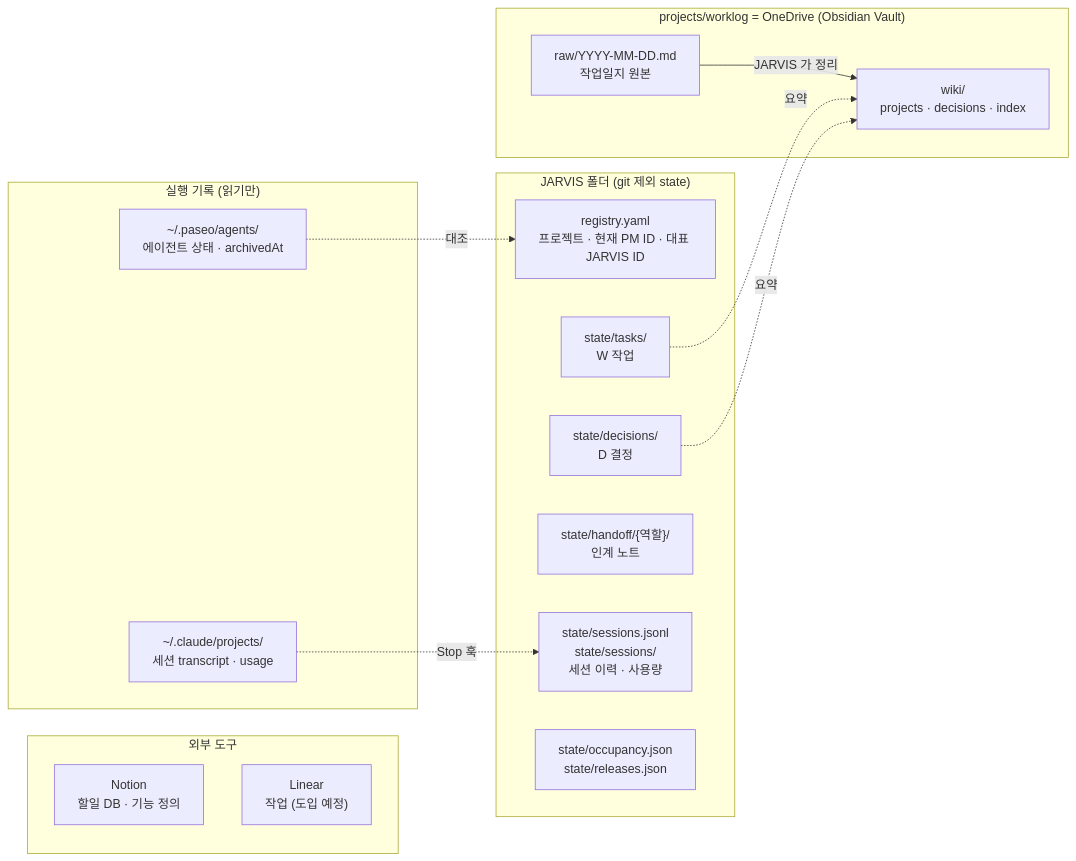
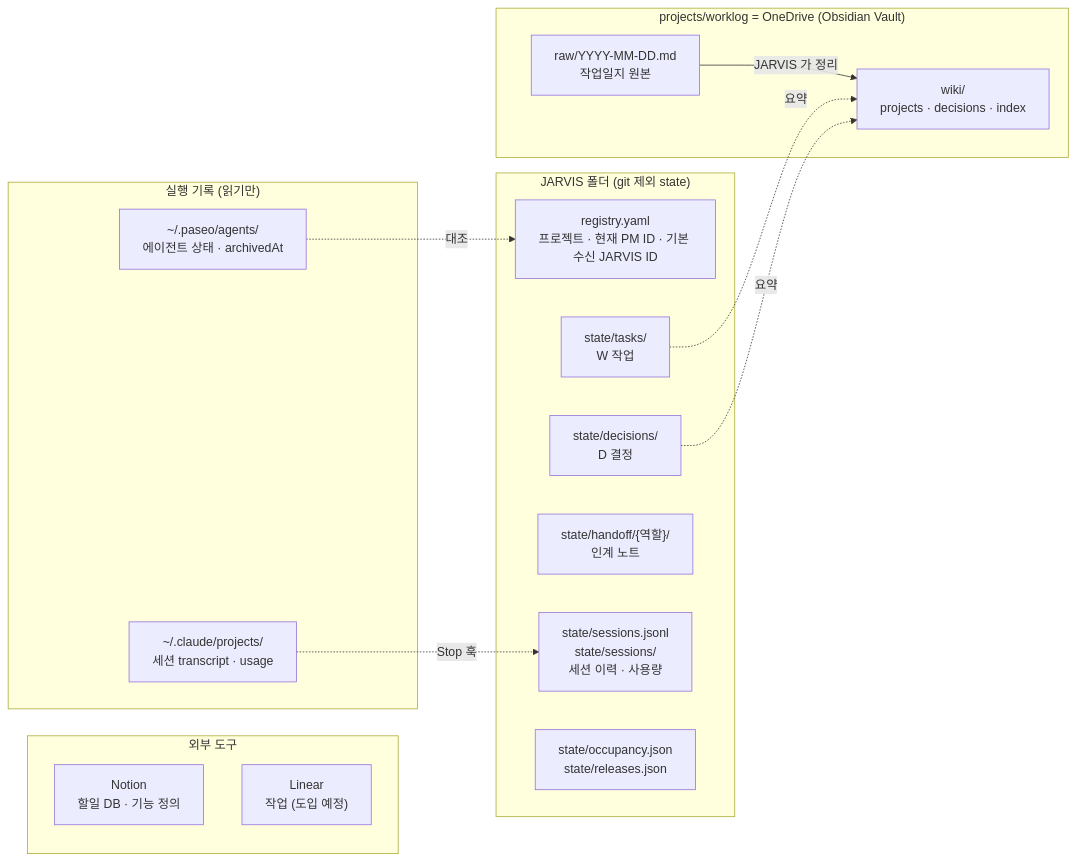
The first of 3 diagrams in docs/01_State_Memory_Management.md (smdeveloper7/jarvis), drawn with Mermaid before and after one commit. The commit also changed other lines of this file and 11 other files, not shown here.

````diff
--- a/docs/01_State_Memory_Management.md
+++ b/docs/01_State_Memory_Management.md
@@ -21,32 +21,32 @@
 ```mermaid
 flowchart LR
     subgraph JARVIS["JARVIS 폴더 (git 제외 state)"]
-        REG["registry.yaml<br/>프로젝트 · 현재 PM ID · 대표 JARVIS ID"]
+        REG["registry.yaml<br/>프로젝트 · 현재 PM ID · 기본 수신 JARVIS ID"]
         TASK["state/tasks/<br/>W 작업"]
         DEC["state/decisions/<br/>D 결정"]
         HO["state/handoff/{역할}/<br/>인계 노트"]
         SES["state/sessions.jsonl<br/>state/sessions/<br/>세션 이력 · 사용량"]
         ETC["state/occupancy.json<br/>state/releases.json"]
     end
 
     subgraph WL["projects/worklog = OneDrive (Obsidian Vault)"]
         RAW["raw/YYYY-MM-DD.md<br/>작업일지 원본"]
         WIKI["wiki/<br/>projects · decisions · index"]
     end
 
     subgraph EXT["외부 도구"]
         NOTION["Notion<br/>할일 DB · 기능 정의"]
         LINEAR["Linear<br/>작업 (도입 예정)"]
     end
 
     subgraph RT["실행 기록 (읽기만)"]
         PASEO["~/.paseo/agents/<br/>에이전트 상태 · archivedAt"]
         CC["~/.claude/projects/<br/>세션 transcript · usage"]
     end
 
     RAW -->|"JARVIS 가 정리"| WIKI
     TASK -.->|"요약"| WIKI
     DEC -.->|"요약"| WIKI
     PASEO -.->|"대조"| REG
     CC -.->|"Stop 훅"| SES
 ```
````
